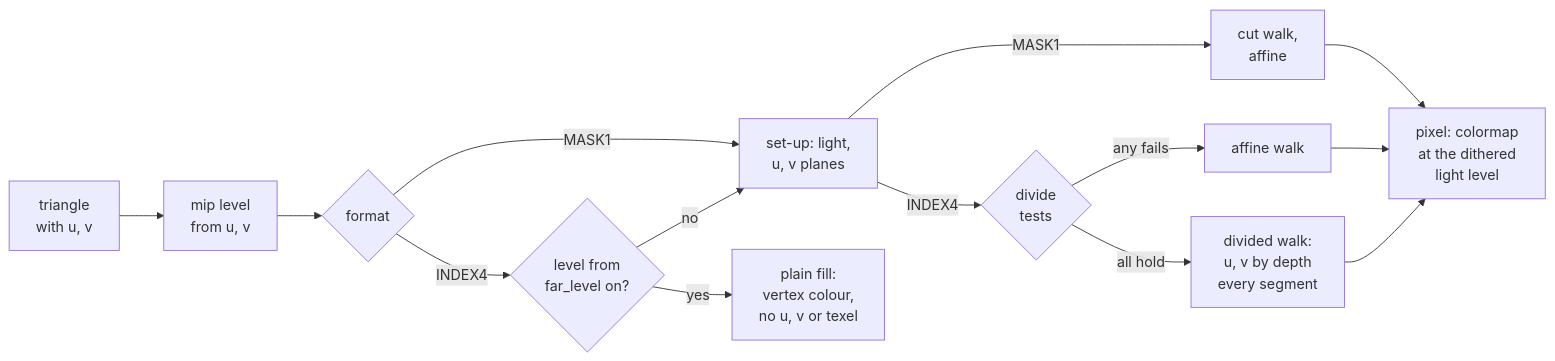
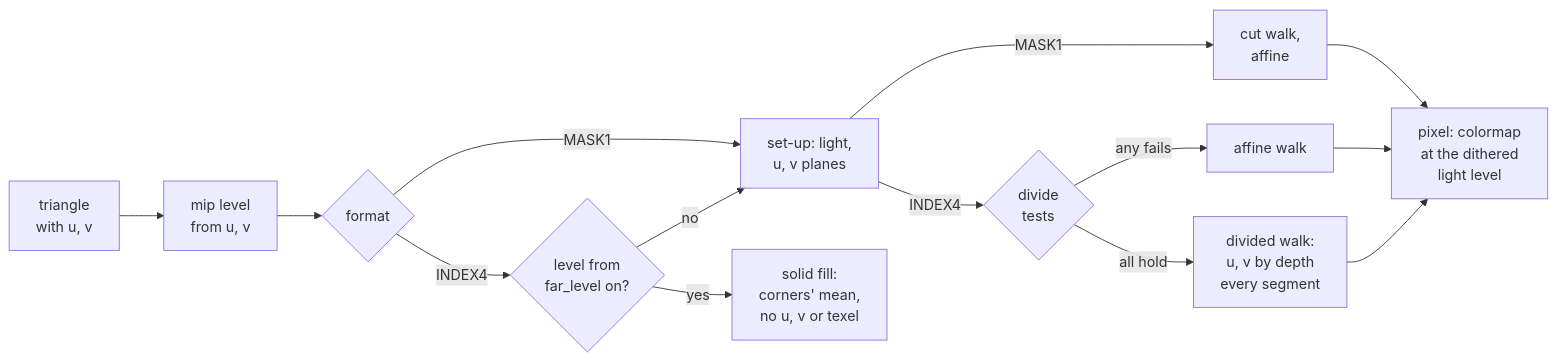
Before and after one commit to jose-villegas/autana: the diagram in docs/render/frame/Texture-Mapping.md, drawn with Mermaid. The commit also changed other lines of this file and 17 other files, not shown here.

First line of the commit message:
render: a far level draws flat in its corners' mean, the faster fill on the board (we46)

````diff
--- a/docs/render/frame/Texture-Mapping.md
+++ b/docs/render/frame/Texture-Mapping.md
@@ -11,16 +11,16 @@
 ```mermaid
 flowchart LR
     Tri["triangle<br/>with u, v"] --> Mip["mip level<br/>from u, v"]
     Mip --> Format{format}
     Format -- MASK1 --> Setup["set-up: light,<br/>u, v planes"]
     Setup -- MASK1 --> Cut["cut walk,<br/>affine"]
     Format -- INDEX4 --> Far{"level from<br/>far_level on?"}
-    Far -- yes --> Plain["plain fill:<br/>vertex colour,<br/>no u, v or texel"]
+    Far -- yes --> Plain["solid fill:<br/>corners' mean,<br/>no u, v or texel"]
     Far -- no --> Setup
     Setup -- INDEX4 --> Tests{"divide<br/>tests"}
     Tests -- "any fails" --> Affine["affine walk"]
     Tests -- "all hold" --> Divided["divided walk:<br/>u, v by depth<br/>every segment"]
     Cut --> Pixel["pixel: colormap<br/>at the dithered<br/>light level"]
     Affine --> Pixel
     Divided --> Pixel
 ```
````
